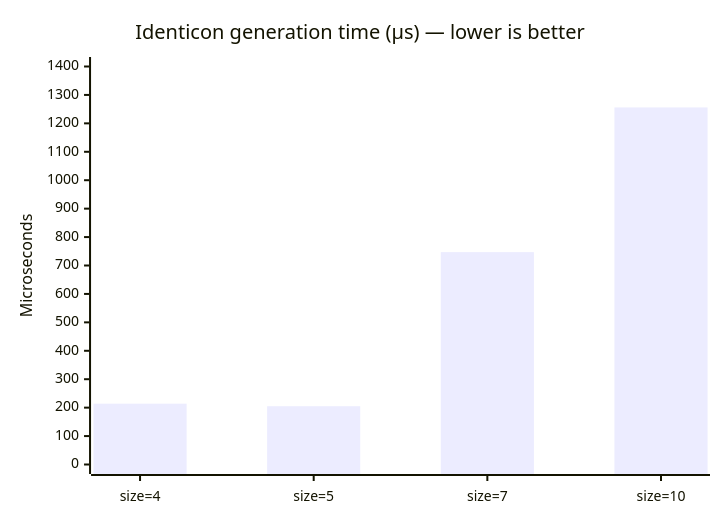
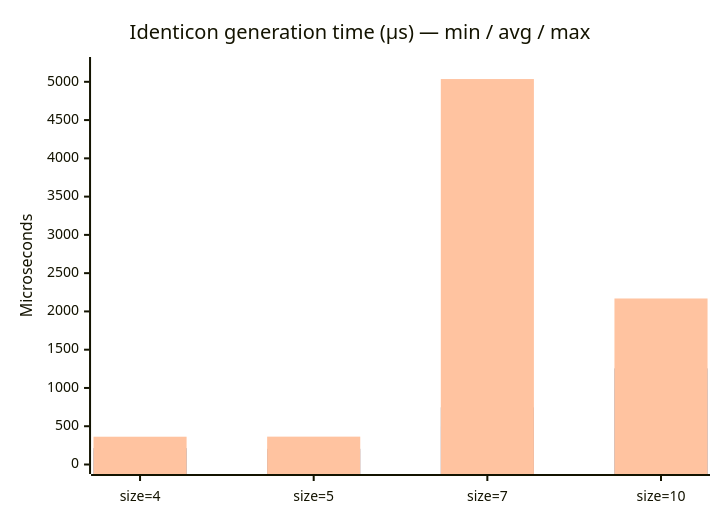
Before and after one commit to waseigo/identicon_svg: the diagram in README.md, drawn with Mermaid. The commit also changed other lines of this file, not shown here.

Commit message:
show min/avg/max spread in performance chart

````diff
--- a/README.md
+++ b/README.md
@@ -88,7 +88,9 @@
 ```mermaid
 xychart-beta
-  title "Identicon generation time (μs) — lower is better"
+  title "Identicon generation time (μs) — min / avg / max"
   x-axis ["size=4", "size=5", "size=7", "size=10"]
-  y-axis "Microseconds" 0 --> 1400
+  y-axis "Microseconds" 0 --> 5200
+  bar [176, 178, 498, 979]
   bar [214, 205, 747, 1256]
+  bar [363, 364, 5036, 2169]
 ```
````
